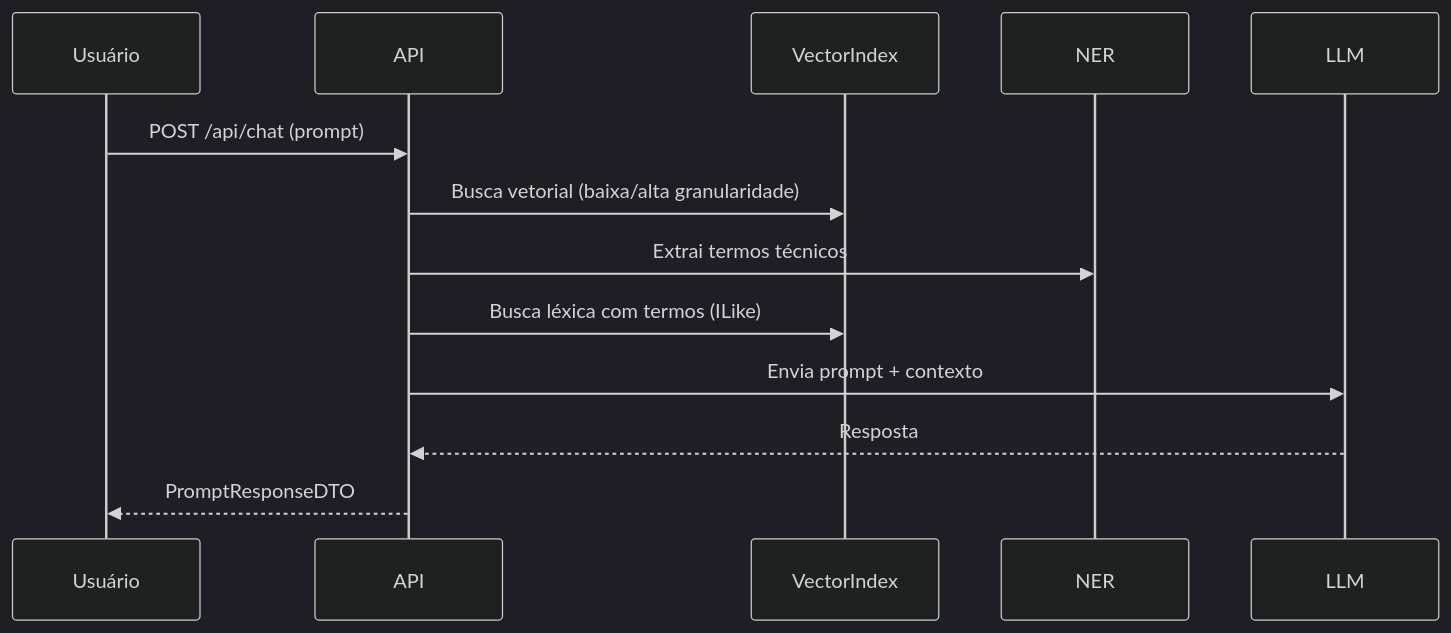
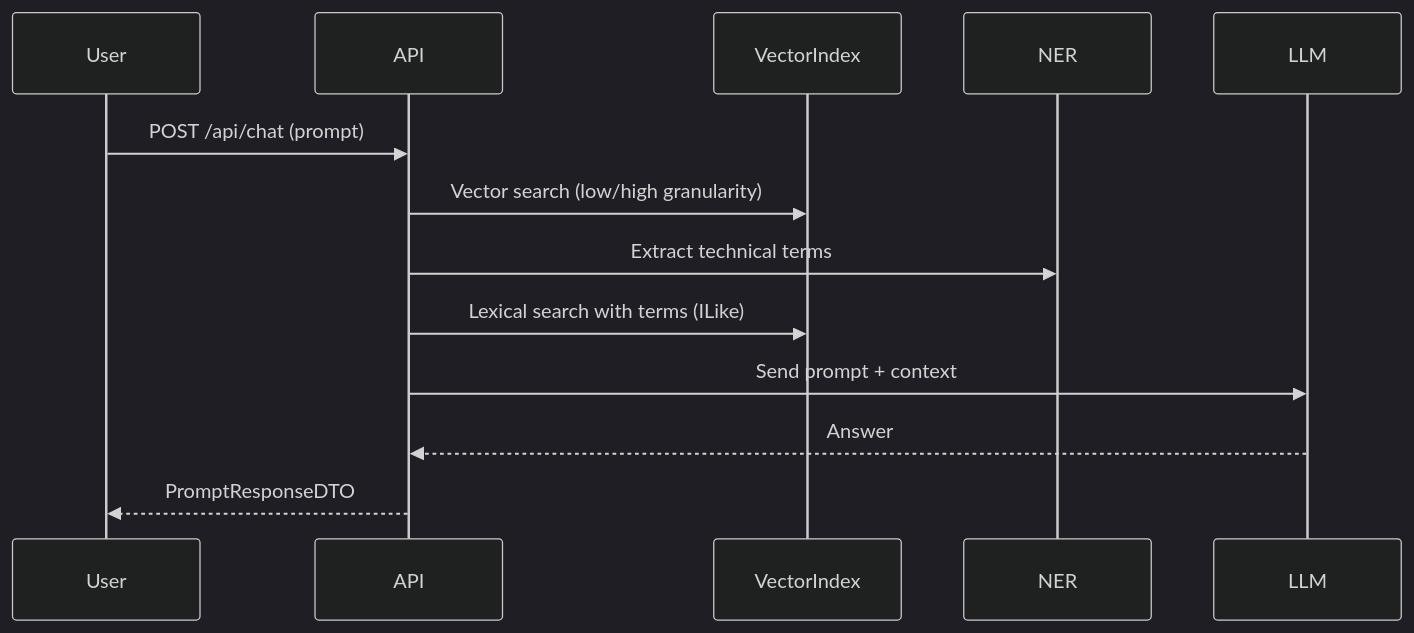
Before and after one commit to cardosodearaujo/New.AI.Chat: the second of 2 diagrams in README.md, drawn with Mermaid (dark theme). The commit also changed other lines of this file, not shown here.

Commit message:
Fix mermaid diagrams to GitHub-friendly syntax

````diff
--- a/README.md
+++ b/README.md
@@ -117,16 +117,16 @@
 ```mermaid
 sequenceDiagram
-  participant U as Usuário
-  participant API as API
-  participant V as VectorIndex
-  participant N as NER
-  participant L as LLM
+  participant User
+  participant API
+  participant VectorIndex
+  participant NER
+  participant LLM
 
-  U->>API: POST /api/chat (prompt)
-  API->>V: Busca vetorial (baixa/alta granularidade)
-  API->>N: Extrai termos técnicos
-  API->>V: Busca léxica com termos (ILike)
-  API->>L: Envia prompt + contexto
-  L-->>API: Resposta
-  API-->>U: PromptResponseDTO
+  User->>API: POST /api/chat (prompt)
+  API->>VectorIndex: Vector search (low/high granularity)
+  API->>NER: Extract technical terms
+  API->>VectorIndex: Lexical search with terms (ILike)
+  API->>LLM: Send prompt + context
+  LLM-->>API: Answer
+  API-->>User: PromptResponseDTO
 ```
````
